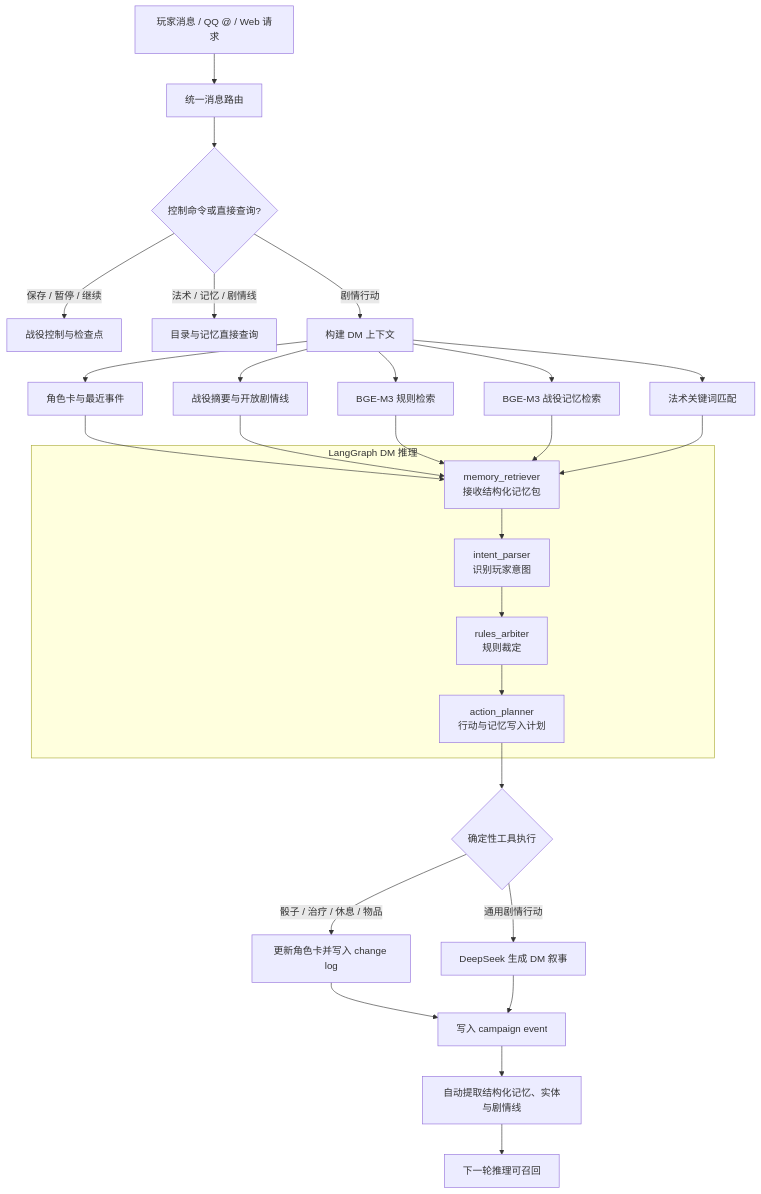
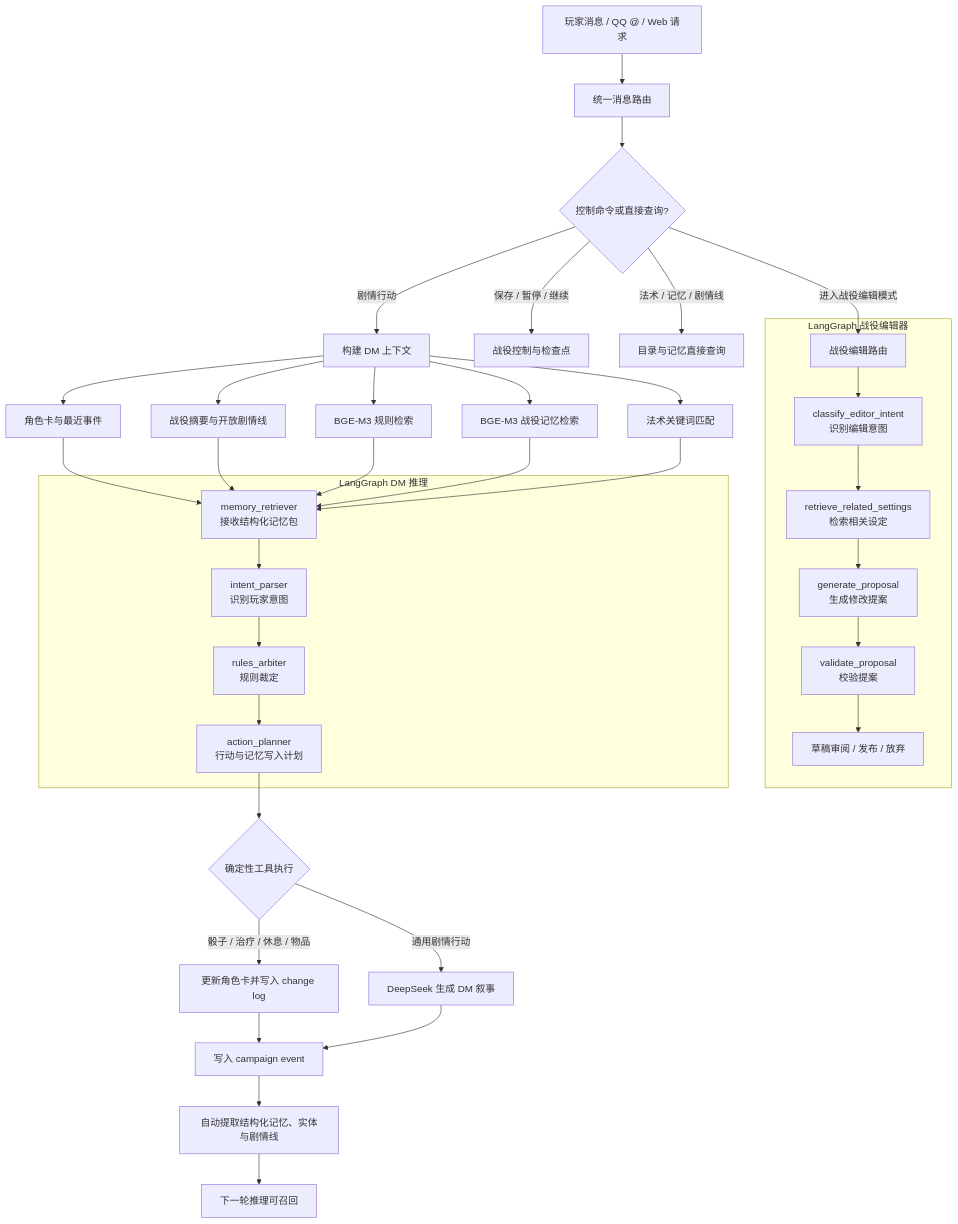
The diagram in README-cn.md (dajiaohuang/SagaSmith-agent), drawn with Mermaid before and after one commit. The commit also changed other lines of this file and 12 other files, not shown here.

````diff
--- a/README-cn.md
+++ b/README-cn.md
@@ -89,35 +99,44 @@
 ```mermaid
 flowchart TD
     A["玩家消息 / QQ @ / Web 请求"] --> B["统一消息路由"]
     B --> C{"控制命令或直接查询?"}
     C -->|"保存 / 暂停 / 继续"| D["战役控制与检查点"]
+    C -->|"进入战役编辑模式"| Q["战役编辑路由"]
     C -->|"法术 / 记忆 / 剧情线"| E["目录与记忆直接查询"]
     C -->|"剧情行动"| F["构建 DM 上下文"]
+
+    subgraph CE["LangGraph 战役编辑器"]
+        Q --> Q1["classify_editor_intent<br/>识别编辑意图"]
+        Q1 --> Q2["retrieve_related_settings<br/>检索相关设定"]
+        Q2 --> Q3["generate_proposal<br/>生成修改提案"]
+        Q3 --> Q4["validate_proposal<br/>校验提案"]
+        Q4 --> Q5["草稿审阅 / 发布 / 放弃"]
+    end
 
     F --> F1["角色卡与最近事件"]
     F --> F2["战役摘要与开放剧情线"]
     F --> F3["BGE-M3 规则检索"]
     F --> F4["BGE-M3 战役记忆检索"]
     F --> F5["法术关键词匹配"]
 
     F1 --> G
     F2 --> G
     F3 --> G
     F4 --> G
     F5 --> G
 
     subgraph LG["LangGraph DM 推理"]
         G["memory_retriever<br/>接收结构化记忆包"]
         G --> H["intent_parser<br/>识别玩家意图"]
         H --> I["rules_arbiter<br/>规则裁定"]
         I --> J["action_planner<br/>行动与记忆写入计划"]
     end
 
     J --> K{"确定性工具执行"}
     K -->|"骰子 / 治疗 / 休息 / 物品"| L["更新角色卡并写入 change log"]
     K -->|"通用剧情行动"| M["DeepSeek 生成 DM 叙事"]
     L --> N["写入 campaign event"]
     M --> N
     N --> O["自动提取结构化记忆、实体与剧情线"]
     O --> P["下一轮推理可召回"]
 ```
````
